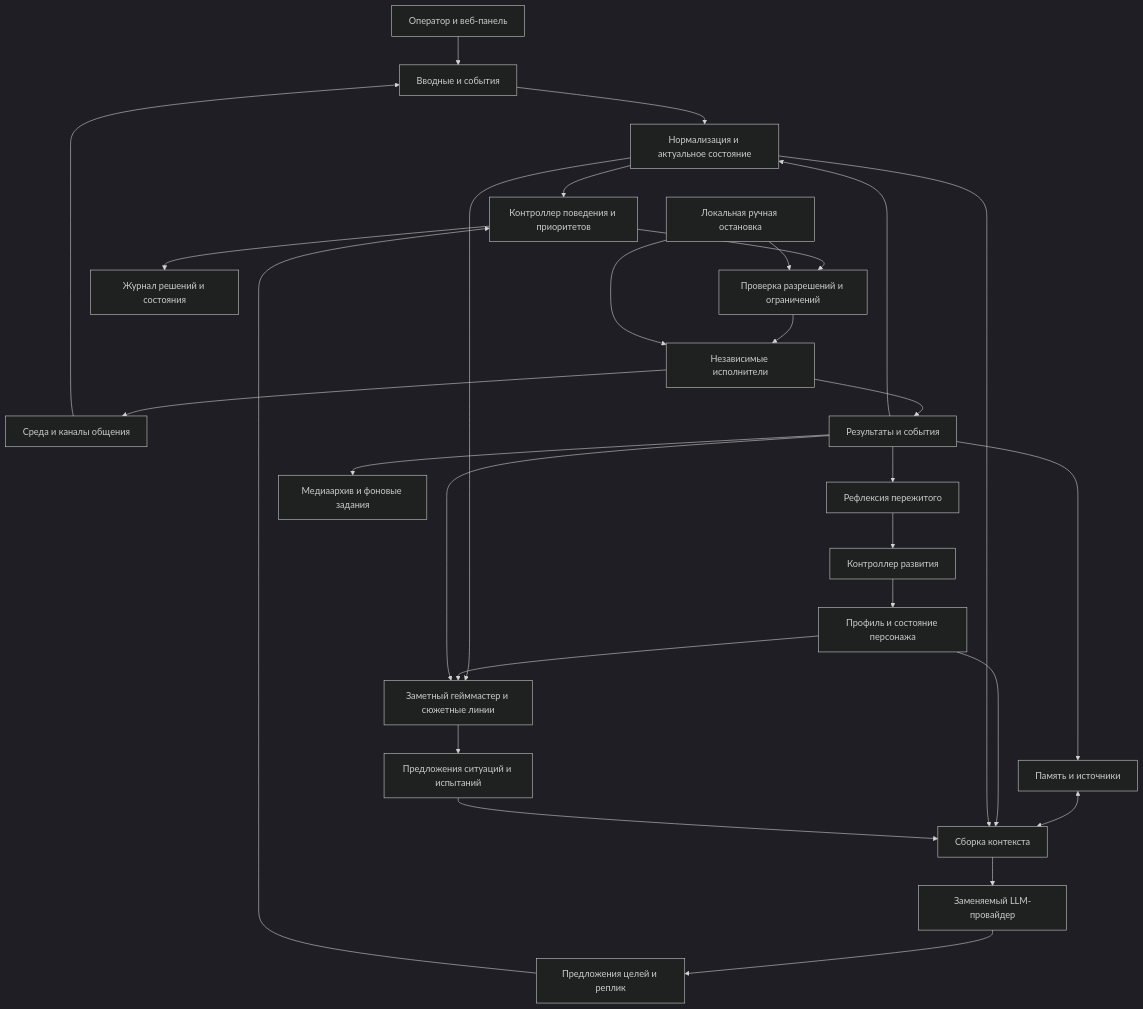
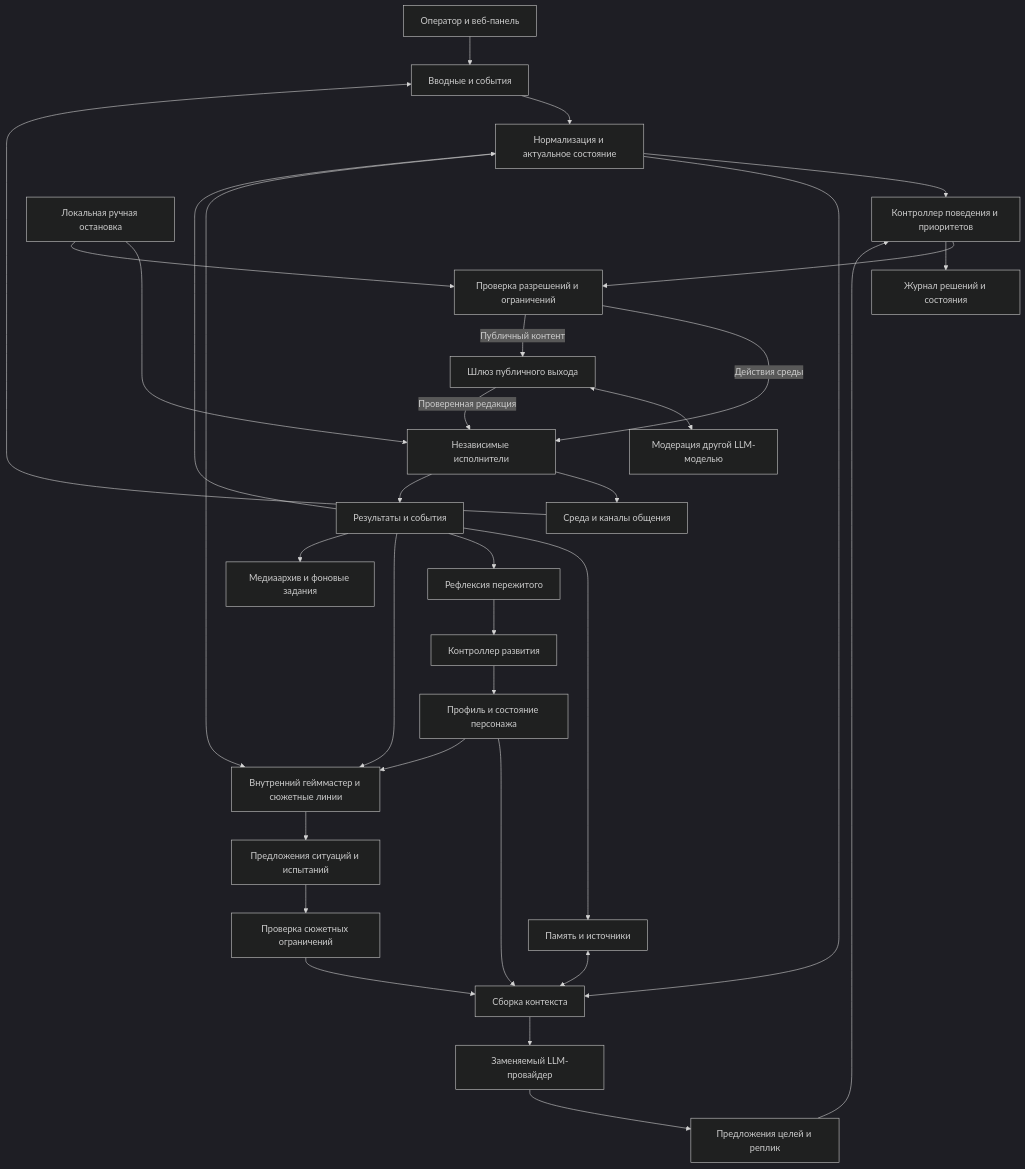
One commit to tari-lucy/ai-agent-platform changed the diagram in docs/02-architecture.md. Above: the diagram before and after it, drawn with Mermaid (dark theme). The commit also changed other lines of this file and 12 other files, not shown here.

````diff
--- a/docs/02-architecture.md
+++ b/docs/02-architecture.md
@@ -24,31 +38,35 @@
 ```mermaid
 flowchart TD
     PANEL[Оператор и веб-панель] --> INPUT[Вводные и события]
     ADAPTERS[Среда и каналы общения] --> INPUT
     INPUT --> PERCEPTION[Нормализация и актуальное состояние]
     PERCEPTION --> BEHAVIOR[Контроллер поведения и приоритетов]
     MEMORY[Память и источники] <--> CONTEXT[Сборка контекста]
     PROFILE[Профиль и состояние персонажа] --> CONTEXT
     PERCEPTION --> CONTEXT
     CONTEXT --> LLM[Заменяемый LLM-провайдер]
     LLM --> PROPOSALS[Предложения целей и реплик]
     PROPOSALS --> BEHAVIOR
-    PERCEPTION --> GM[Заметный гейммастер и сюжетные линии]
+    PERCEPTION --> GM[Внутренний гейммастер и сюжетные линии]
     PROFILE --> GM
     GM --> OPPORTUNITIES[Предложения ситуаций и испытаний]
-    OPPORTUNITIES --> CONTEXT
+    OPPORTUNITIES --> NPOLICY[Проверка сюжетных ограничений]
+    NPOLICY --> CONTEXT
     BEHAVIOR --> POLICY[Проверка разрешений и ограничений]
-    POLICY --> EXEC[Независимые исполнители]
+    POLICY -->|Действия среды| EXEC[Независимые исполнители]
+    POLICY -->|Публичный контент| EGRESS[Шлюз публичного выхода]
+    EGRESS <--> MODERATION[Модерация другой LLM-моделью]
+    EGRESS -->|Проверенная редакция| EXEC
     EXEC --> ADAPTERS
     EXEC --> RESULTS[Результаты и события]
     RESULTS --> PERCEPTION
     RESULTS --> MEMORY
     RESULTS --> REFLECTION[Рефлексия пережитого]
     REFLECTION --> DEVELOPMENT[Контроллер развития]
     DEVELOPMENT --> PROFILE
     RESULTS --> GM
     RESULTS --> MEDIA[Медиаархив и фоновые задания]
     STOP[Локальная ручная остановка] --> EXEC
     STOP --> POLICY
     BEHAVIOR --> LOG[Журнал решений и состояния]
 ```
````
